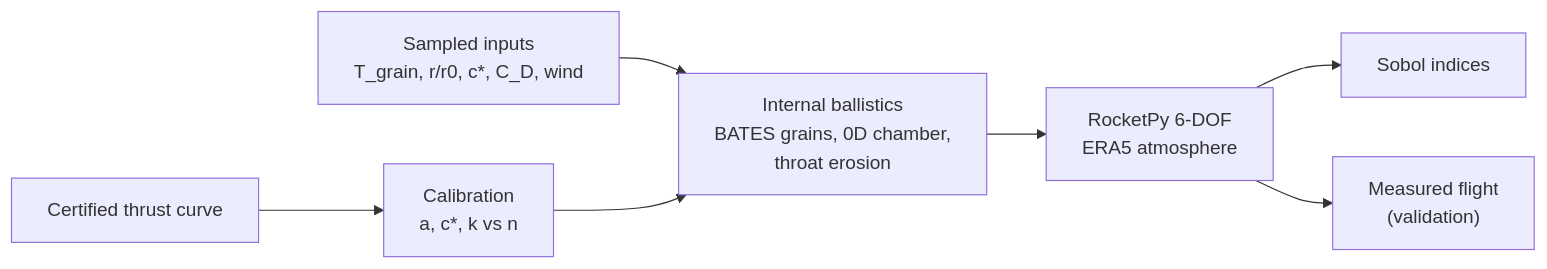
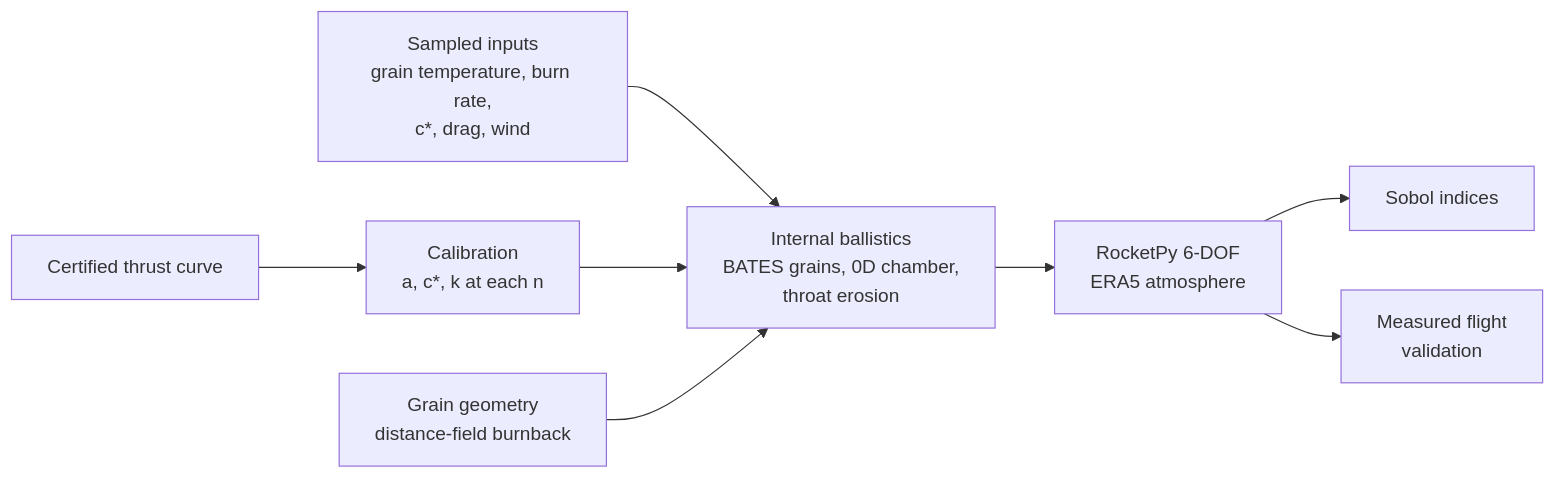
Before and after one commit to adamcw169/SRM-motor-to-flight: the diagram in README.md, drawn with Mermaid. The commit also changed other lines of this file and 35 other files, not shown here.

````diff
--- a/README.md
+++ b/README.md
@@ -20,9 +56,10 @@
 ```mermaid
 flowchart LR
-    C["Certified thrust curve"] --> K["Calibration<br/>a, c*, k vs n"]
-    U["Sampled inputs<br/>T_grain, r/r0, c*, C_D, wind"] --> B
+    C["Certified thrust curve"] --> K["Calibration<br/>a, c*, k at each n"]
+    U["Sampled inputs<br/>grain temperature, burn rate,<br/>c*, drag, wind"] --> B
     K --> B["Internal ballistics<br/>BATES grains, 0D chamber,<br/>throat erosion"]
+    G["Grain geometry<br/>distance-field burnback"] --> B
     B --> F["RocketPy 6-DOF<br/>ERA5 atmosphere"]
     F --> S["Sobol indices"]
-    F --> V["Measured flight<br/>(validation)"]
+    F --> V["Measured flight<br/>validation"]
 ```
````
